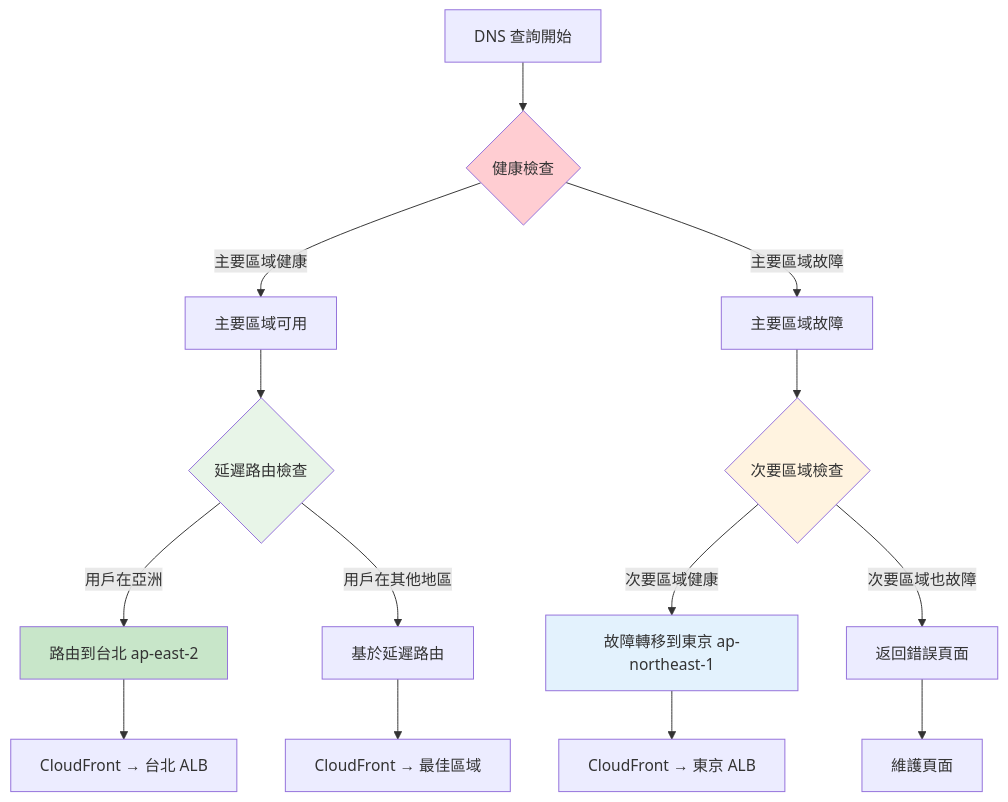
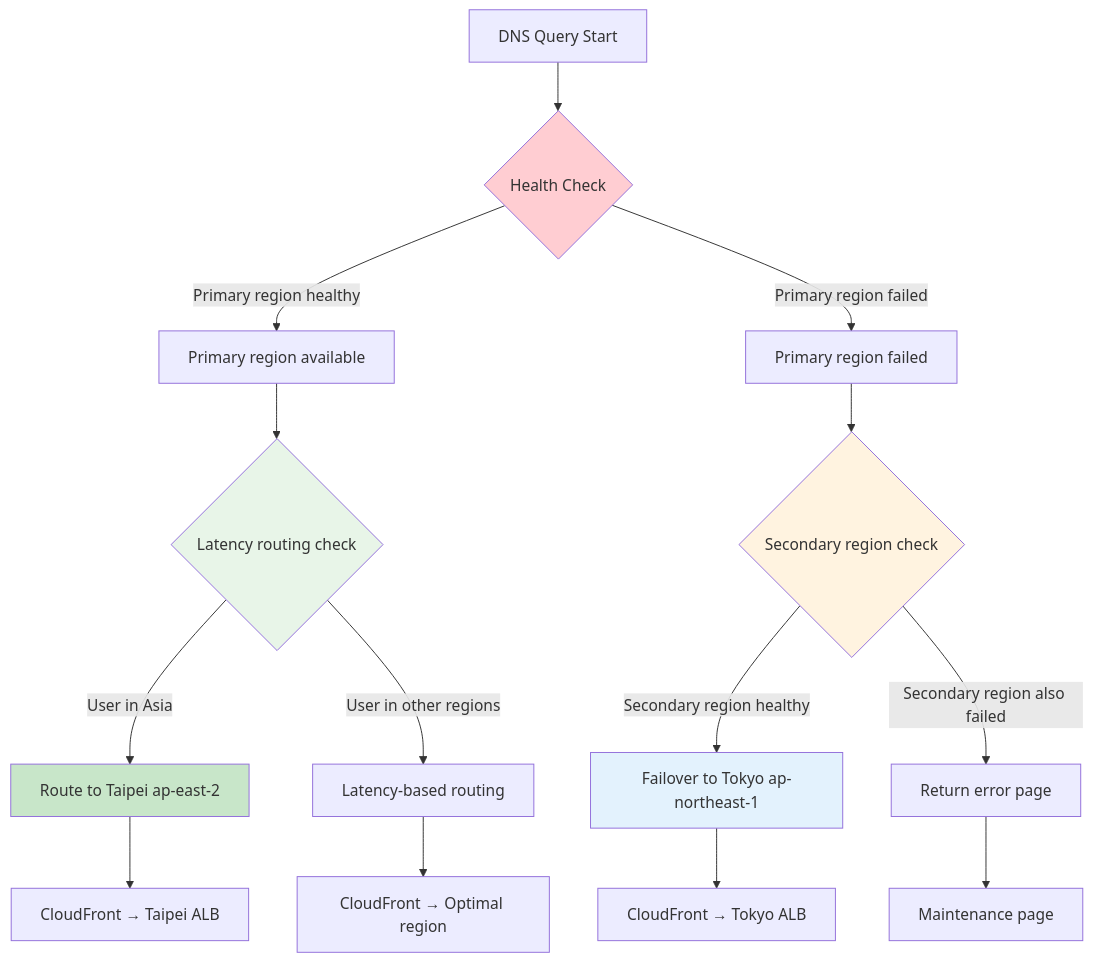
Before and after one commit to humank/genai-demo: the fourth of 11 diagrams in docs/viewpoints/operational/dns-disaster-recovery.md, drawn with Mermaid. The commit also changed other lines of this file and 453 other files, not shown here.

First line of the commit message:
feat: Complete translation of key architecture and API documentation

````diff
--- a/docs/viewpoints/operational/dns-disaster-recovery.md
+++ b/docs/viewpoints/operational/dns-disaster-recovery.md
@@ -256,26 +256,26 @@
 ```mermaid
 flowchart TD
-    Start[DNS 查詢開始] --> HealthCheck{健康檢查}
+    Start[DNS Query Start] --> HealthCheck{Health Check}
     
-    HealthCheck -->|主要區域健康| PrimaryHealthy[主要區域可用]
-    HealthCheck -->|主要區域故障| PrimaryFailed[主要區域故障]
+    HealthCheck -->|Primary region healthy| PrimaryHealthy[Primary region available]
+    HealthCheck -->|Primary region failed| PrimaryFailed[Primary region failed]
     
-    PrimaryHealthy --> LatencyCheck{延遲路由檢查}
-    LatencyCheck -->|用戶在亞洲| AsiaRoute[路由到台北 ap-east-2]
-    LatencyCheck -->|用戶在其他地區| GlobalRoute[基於延遲路由]
+    PrimaryHealthy --> LatencyCheck{Latency routing check}
+    LatencyCheck -->|User in Asia| AsiaRoute[Route to Taipei ap-east-2]
+    LatencyCheck -->|User in other regions| GlobalRoute[Latency-based routing]
     
-    PrimaryFailed --> SecondaryCheck{次要區域檢查}
-    SecondaryCheck -->|次要區域健康| SecondaryRoute[故障轉移到東京 ap-northeast-1]
-    SecondaryCheck -->|次要區域也故障| ErrorPage[返回錯誤頁面]
+    PrimaryFailed --> SecondaryCheck{Secondary region check}
+    SecondaryCheck -->|Secondary region healthy| SecondaryRoute[Failover to Tokyo ap-northeast-1]
+    SecondaryCheck -->|Secondary region also failed| ErrorPage[Return error page]
     
-    AsiaRoute --> CloudFrontTaipei[CloudFront → 台北 ALB]
-    GlobalRoute --> CloudFrontOptimal[CloudFront → 最佳區域]
-    SecondaryRoute --> CloudFrontTokyo[CloudFront → 東京 ALB]
-    ErrorPage --> MaintenancePage[維護頁面]
+    AsiaRoute --> CloudFrontTaipei[CloudFront → Taipei ALB]
+    GlobalRoute --> CloudFrontOptimal[CloudFront → Optimal region]
+    SecondaryRoute --> CloudFrontTokyo[CloudFront → Tokyo ALB]
+    ErrorPage --> MaintenancePage[Maintenance page]
     
     style HealthCheck fill:#ffcdd2
     style LatencyCheck fill:#e8f5e8
     style SecondaryCheck fill:#fff3e0
     style AsiaRoute fill:#c8e6c9
     style SecondaryRoute fill:#e3f2fd
 ```
````
